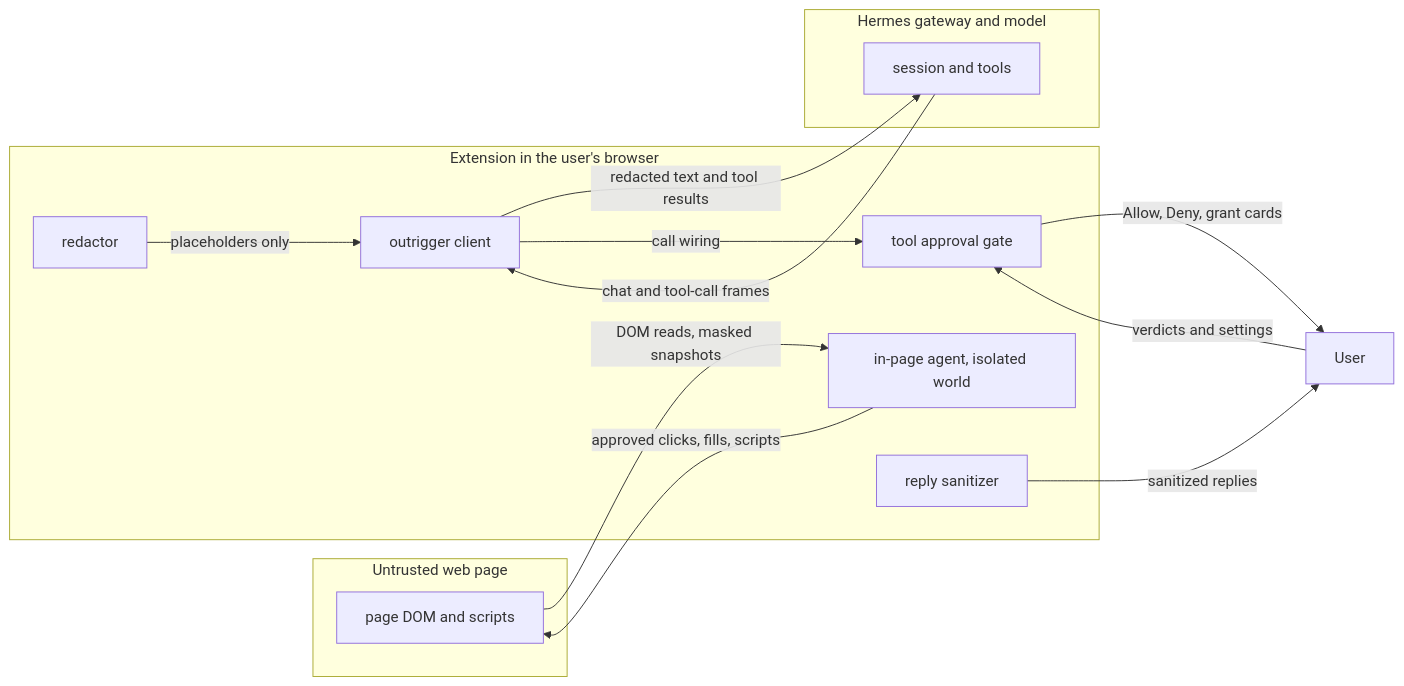
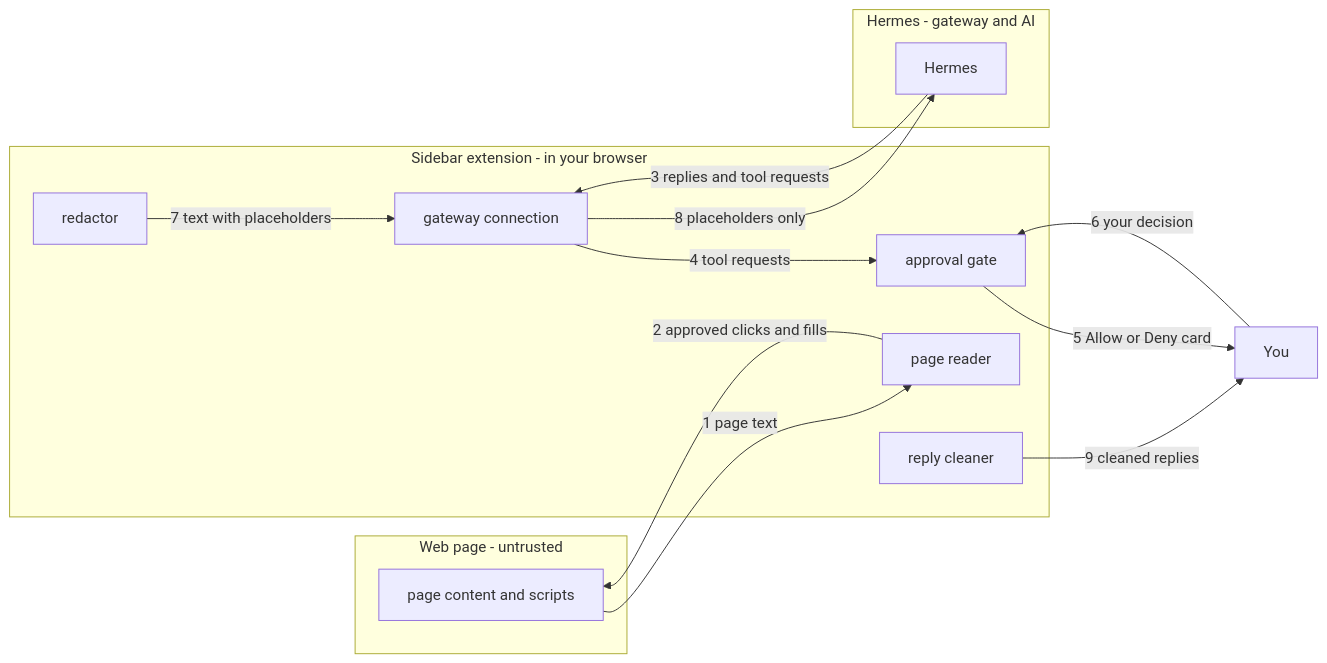
Before and after one commit to codepilots/hermes-sidebar: the first of 5 diagrams in AUDIT.md, drawn with Mermaid. The commit also changed other lines of this file and 3 other files, not shown here.

````diff
--- a/AUDIT.md
+++ b/AUDIT.md
@@ -19,26 +77,26 @@
 ```mermaid
 flowchart LR
-  subgraph pagezone[Untrusted web page]
-    P[page DOM and scripts]
+  subgraph pagezone[Web page - untrusted]
+    P[page content and scripts]
   end
-  subgraph extzone[Extension in the user's browser]
-    A[in-page agent, isolated world]
-    G[tool approval gate]
+  subgraph extzone[Sidebar extension - in your browser]
+    A[page reader]
+    G[approval gate]
     R[redactor]
-    S[reply sanitizer]
-    O[outrigger client]
+    S[reply cleaner]
+    O[gateway connection]
   end
-  subgraph gwzone[Hermes gateway and model]
-    H[session and tools]
+  subgraph gwzone[Hermes - gateway and AI]
+    H[Hermes]
   end
-  U[User]
-  P -- DOM reads, masked snapshots --> A
-  A -- approved clicks, fills, scripts --> P
-  H -- chat and tool-call frames --> O
-  O -- redacted text and tool results --> H
-  O -- call wiring --> G
-  G -- Allow, Deny, grant cards --> U
-  U -- verdicts and settings --> G
-  R -- placeholders only --> O
-  S -- sanitized replies --> U
+  U[You]
+  P -- 1 page text --> A
+  A -- 2 approved clicks and fills --> P
+  H -- 3 replies and tool requests --> O
+  O -- 4 tool requests --> G
+  G -- 5 Allow or Deny card --> U
+  U -- 6 your decision --> G
+  R -- 7 text with placeholders --> O
+  O -- 8 placeholders only --> H
+  S -- 9 cleaned replies --> U
 ```
````
